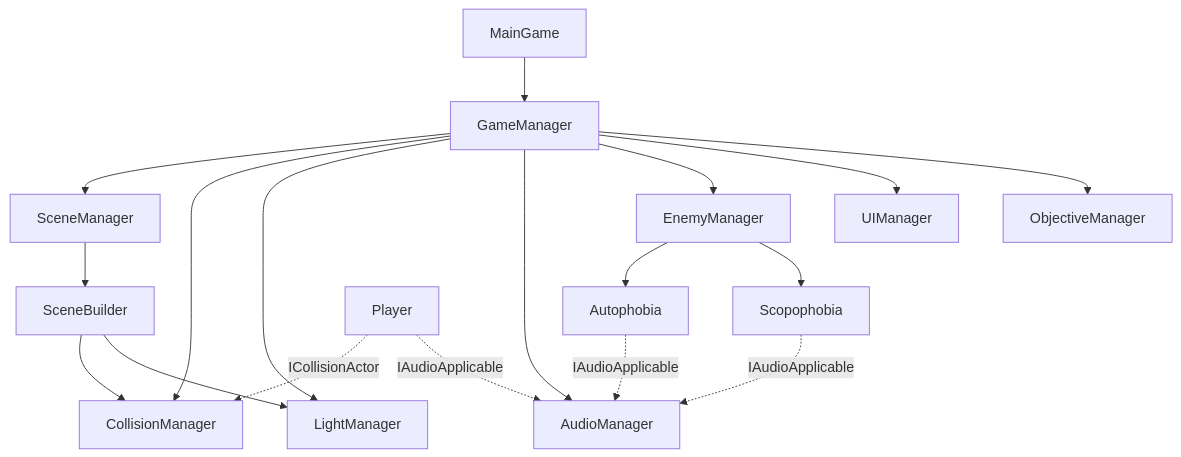
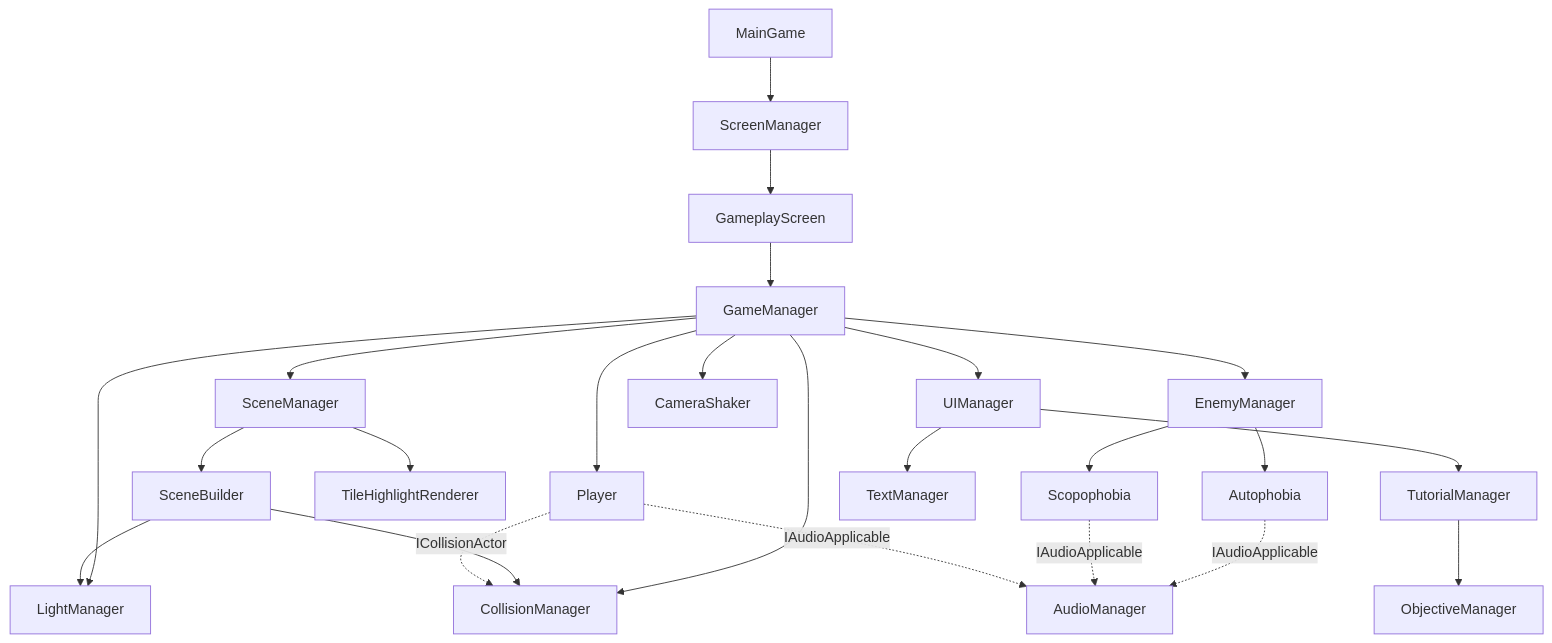
The diagram in docs/01_GDD/00-concept.md (Sambopukkazz/DG225_CoreX), drawn with Mermaid before and after one commit. The commit also changed other lines of this file and 26 other files, not shown here.

````diff
--- a/docs/01_GDD/00-concept.md
+++ b/docs/01_GDD/00-concept.md
@@ -116,20 +118,26 @@
 ```mermaid
 flowchart TD
-    MainGame --> GameManager
+    MainGame --> ScreenManager
+    ScreenManager --> GameplayScreen
+    GameplayScreen --> GameManager
     GameManager --> SceneManager
     GameManager --> CollisionManager
     GameManager --> LightManager
-    GameManager --> AudioManager
     GameManager --> EnemyManager
     GameManager --> UIManager
-    GameManager --> ObjectiveManager
+    GameManager --> Player
+    GameManager --> CameraShaker
     SceneManager --> SceneBuilder
+    SceneManager --> TileHighlightRenderer
     SceneBuilder --> CollisionManager
     SceneBuilder --> LightManager
     EnemyManager --> Autophobia
     EnemyManager --> Scopophobia
+    UIManager --> TextManager
+    UIManager --> TutorialManager
+    TutorialManager --> ObjectiveManager
     Autophobia -.IAudioApplicable.-> AudioManager
     Scopophobia -.IAudioApplicable.-> AudioManager
     Player -.ICollisionActor.-> CollisionManager
     Player -.IAudioApplicable.-> AudioManager
 ```
````
